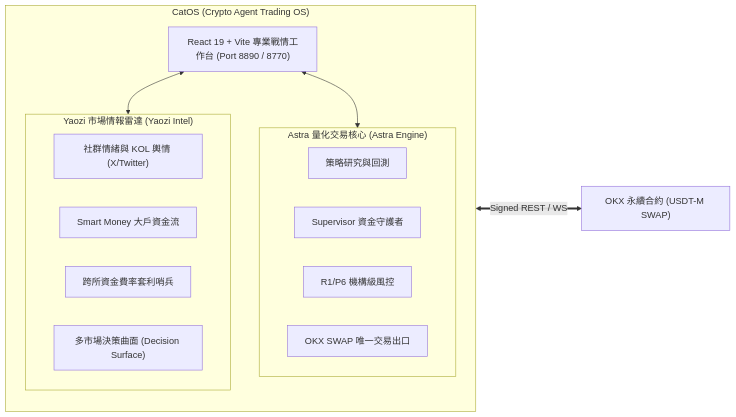
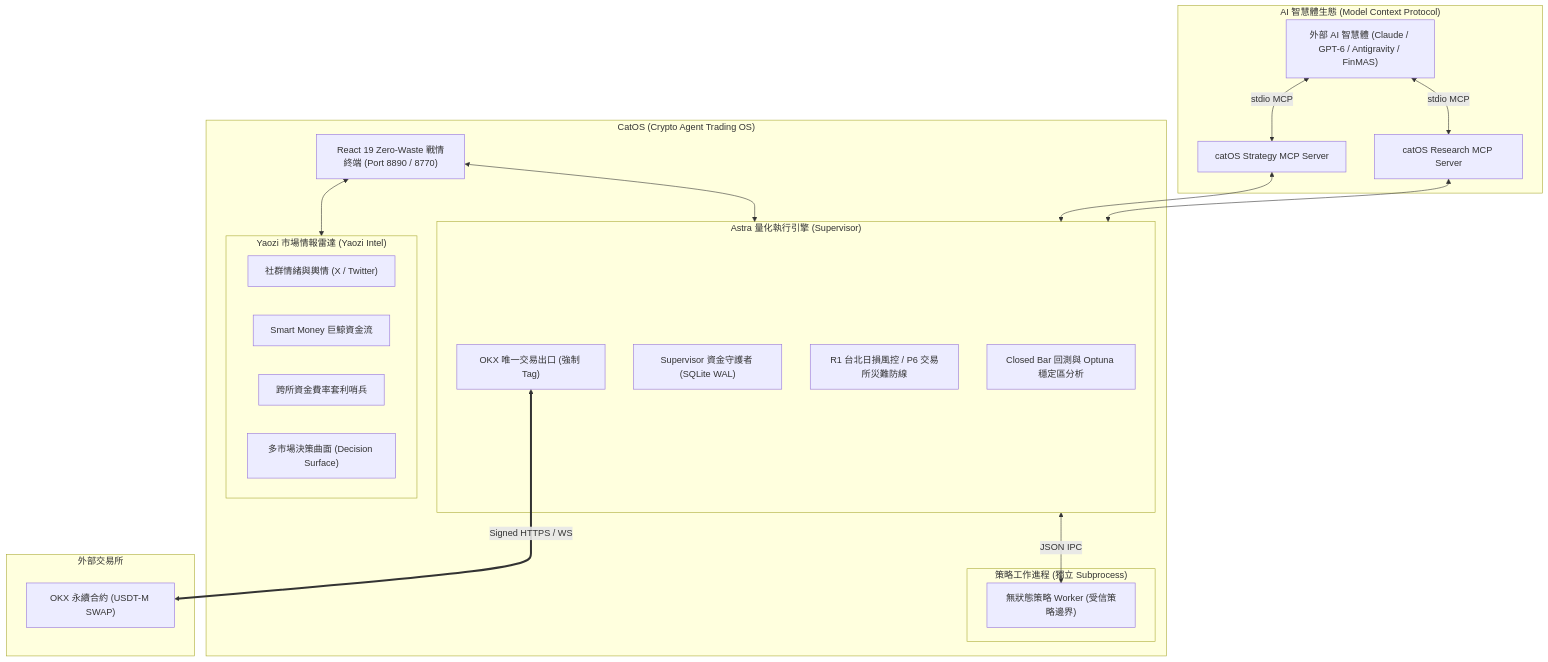
One commit to b40609/CatOS changed the diagram in README.md. Above: the diagram before and after it, drawn with Mermaid. The commit also changed other lines of this file, not shown here.

Commit message:
feat(docs): highlight native MCP servers and Agent-First core selling points

````diff
--- a/README.md
+++ b/README.md
@@ -29,22 +48,40 @@
 ```mermaid
-flowchart LR
-    subgraph CatOS["CatOS (Crypto Agent Trading OS)"]
-        direction TB
-        subgraph Astra["Astra 量化交易核心 (Astra Engine)"]
-            Research["策略研究與回測"]
-            Supervisor["Supervisor 資金守護者"]
-            Risk["R1/P6 機構級風控"]
-            Exec["OKX SWAP 唯一交易出口"]
+flowchart TB
+    subgraph AgentEco["AI 智慧體生態 (Model Context Protocol)"]
+        LLM["外部 AI 智慧體 (Claude / GPT-6 / Antigravity / FinMAS)"]
+        MCP_Research["catOS Research MCP Server"]
+        MCP_Strategy["catOS Strategy MCP Server"]
+    end
+
+    subgraph CatOS_Core["CatOS (Crypto Agent Trading OS)"]
+        subgraph Astra["Astra 量化執行引擎 (Supervisor)"]
+            ResearchCore["Closed Bar 回測與 Optuna 穩定區分析"]
+            Supervisor["Supervisor 資金守護者 (SQLite WAL)"]
+            RiskGuard["R1 台北日損風控 / P6 交易所災難防線"]
+            ExecutionGateway["OKX 唯一交易出口 (強制 Tag)"]
+        end
+        subgraph StrategyWorker["策略工作進程 (獨立 Subprocess)"]
+            Worker["無狀態策略 Worker (受信策略邊界)"]
         end
         subgraph Yaozi["Yaozi 市場情報雷達 (Yaozi Intel)"]
-            Social["社群情緒與 KOL 輿情 (X/Twitter)"]
-            Flow["Smart Money 大戶資金流"]
+            Social["社群情緒與輿情 (X / Twitter)"]
+            Flow["Smart Money 巨鯨資金流"]
             Arb["跨所資金費率套利哨兵"]
             Surface["多市場決策曲面 (Decision Surface)"]
         end
-        Terminal["React 19 + Vite 專業戰情工作台 (Port 8890 / 8770)"]
+        UI["React 19 Zero-Waste 戰情終端 (Port 8890 / 8770)"]
     end
-    Terminal <--> Astra
-    Terminal <--> Yaozi
-    Astra <==>|Signed REST / WS| OKX["OKX 永續合約 (USDT-M SWAP)"]
+
+    subgraph External["外部交易所"]
+        OKX["OKX 永續合約 (USDT-M SWAP)"]
+    end
+
+    LLM <-->|stdio MCP| MCP_Research
+    LLM <-->|stdio MCP| MCP_Strategy
+    MCP_Research <--> Astra
+    MCP_Strategy <--> Astra
+    UI <--> Astra
+    UI <--> Yaozi
+    Astra <-->|JSON IPC| Worker
+    ExecutionGateway <==>|Signed HTTPS / WS| OKX
 ```
````
